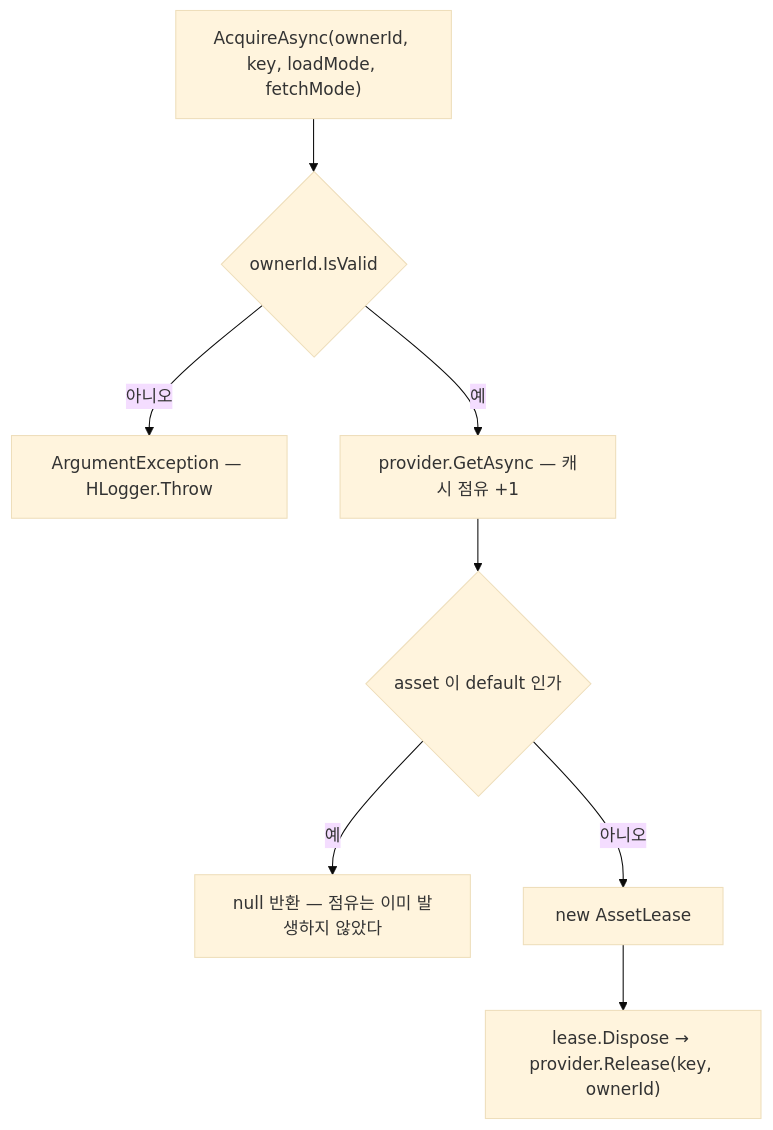
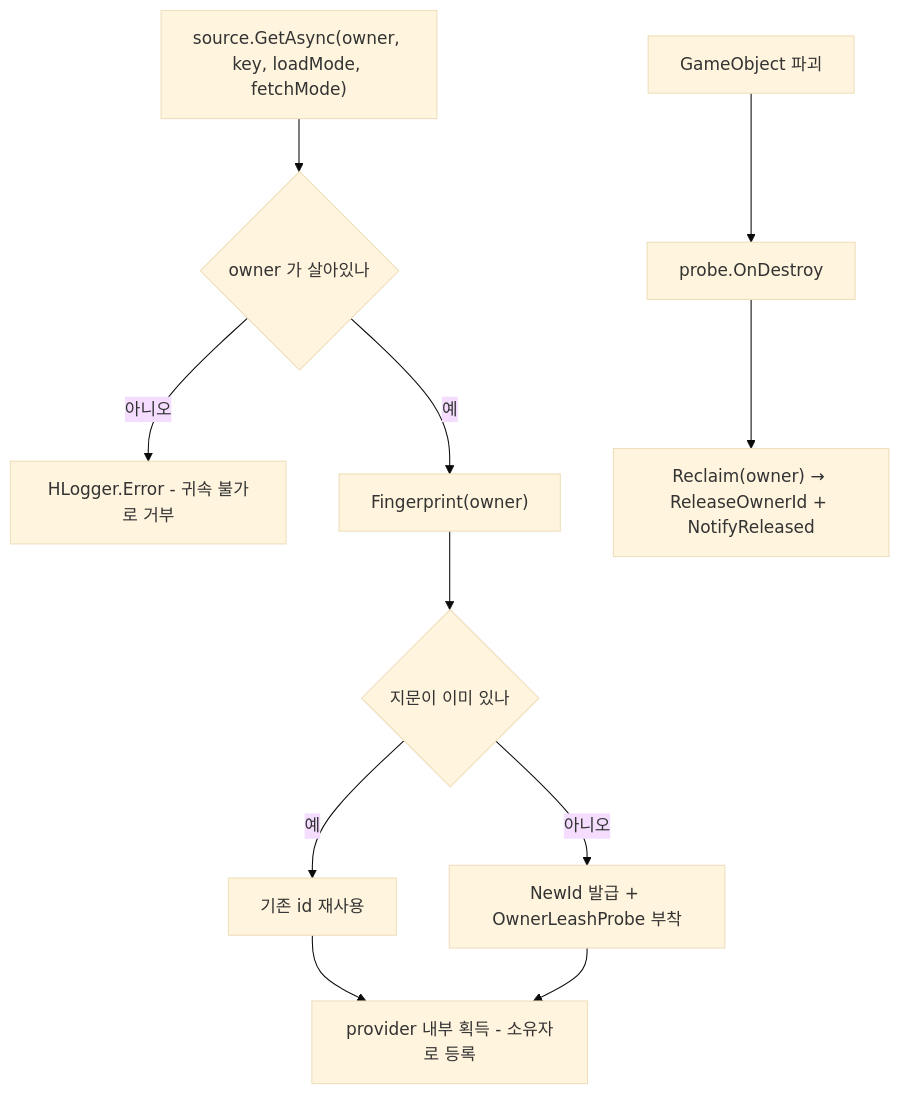
Before and after one commit to HoHong123/HCUP-Unity: the second of 2 diagrams in HResource/docs/Subscription.md, drawn with Mermaid (base theme). The commit also changed other lines of this file, not shown here.

````diff
--- a/HResource/docs/Subscription.md
+++ b/HResource/docs/Subscription.md
@@ -153,10 +174,13 @@
 ```mermaid
 flowchart TD
-    A["AcquireAsync(ownerId, key, loadMode, fetchMode)"] --> B{"ownerId.IsValid"}
-    B -->|아니오| C["ArgumentException — HLogger.Throw"]
-    B -->|예| D["provider.GetAsync — 캐시 점유 +1"]
-    D --> E{"asset 이 default 인가"}
-    E -->|예| F["null 반환 — 점유는 이미 발생하지 않았다"]
-    E -->|아니오| G["new AssetLease"]
-    G --> H["lease.Dispose → provider.Release(key, ownerId)"]
+    A["source.GetAsync(owner, key, loadMode, fetchMode)"] --> B{"owner 가 살아있나"}
+    B -->|아니오| C["HLogger.Error - 귀속 불가로 거부"]
+    B -->|예| D["Fingerprint(owner)"]
+    D --> E{"지문이 이미 있나"}
+    E -->|예| F["기존 id 재사용"]
+    E -->|아니오| G["NewId 발급 + OwnerLeashProbe 부착"]
+    F --> H["provider 내부 획득 - 소유자로 등록"]
+    G --> H
+    I["GameObject 파괴"] --> J["probe.OnDestroy"]
+    J --> K["Reclaim(owner) → ReleaseOwnerId + NotifyReleased"]
 ```
````
